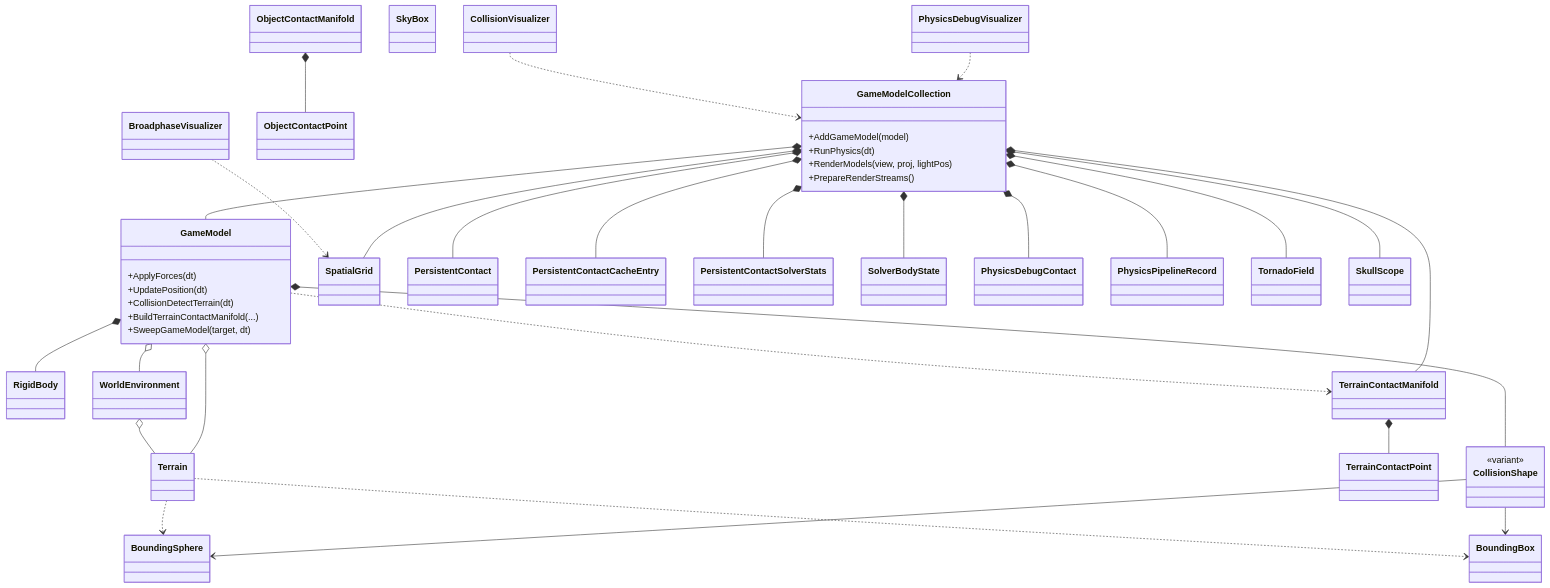
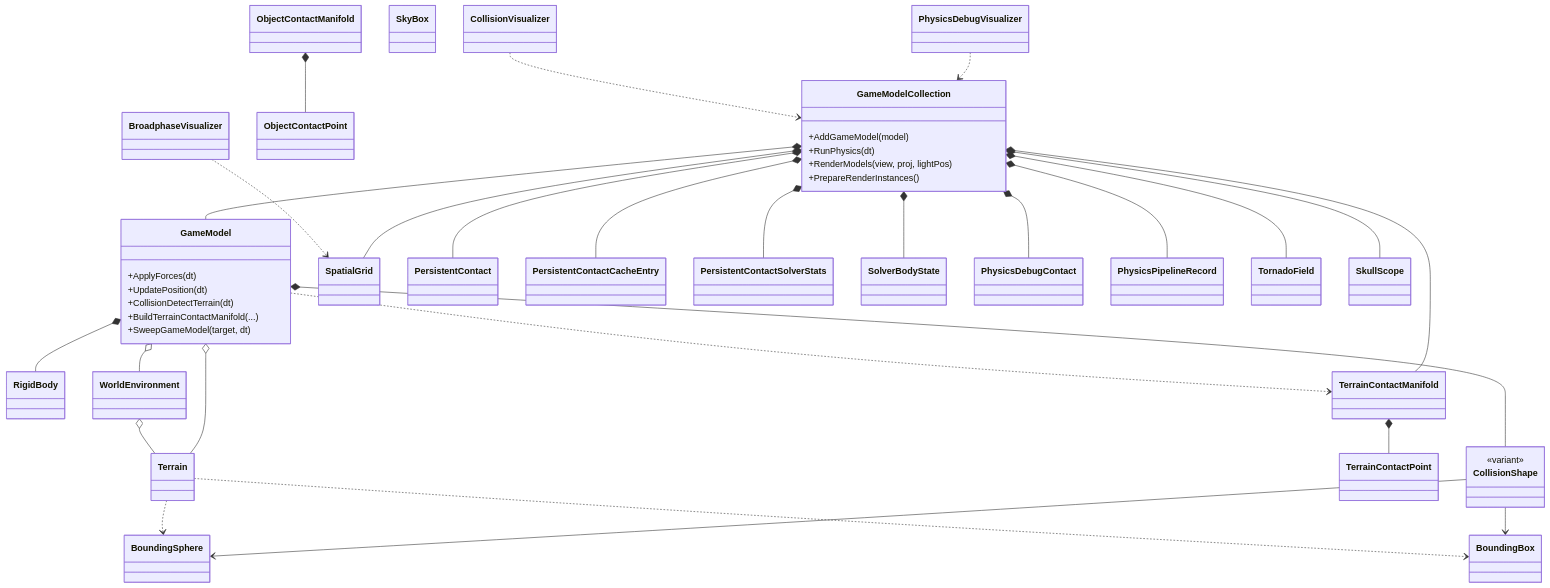
One commit to skullbonez/SkullbonezCore changed the sixth of 9 diagrams in Agentic/Reference/skullbonez-core-class-structure.md. Above: the diagram before and after it, drawn with Mermaid. The commit also changed other lines of this file and 19 other files, not shown here.

````diff
--- a/Agentic/Reference/skullbonez-core-class-structure.md
+++ b/Agentic/Reference/skullbonez-core-class-structure.md
@@ -420,74 +425,74 @@
 ```mermaid
 classDiagram
 direction TB
 
 class GameModelCollection {
   +AddGameModel(model)
   +RunPhysics(dt)
   +RenderModels(view, proj, lightPos)
-  +PrepareRenderStreams()
+  +PrepareRenderInstances()
 }
 
 class GameModel {
   +ApplyForces(dt)
   +UpdatePosition(dt)
   +CollisionDetectTerrain(dt)
   +BuildTerrainContactManifold(...)
   +SweepGameModel(target, dt)
 }
 
 class RigidBody
 class CollisionShape {
   <<variant>>
 }
 class BoundingSphere
 class BoundingBox
 class SpatialGrid
 class PersistentContact
 class PersistentContactCacheEntry
 class PersistentContactSolverStats
 class SolverBodyState
 class PhysicsDebugContact
 class PhysicsPipelineRecord
 class TerrainContactManifold
 class TerrainContactPoint
 class ObjectContactManifold
 class ObjectContactPoint
 class WorldEnvironment
 class Terrain
 class SkyBox
 class TornadoField
 class SkullScope
 class PhysicsDebugVisualizer
 class CollisionVisualizer
 class BroadphaseVisualizer
 
 GameModelCollection *-- GameModel
 GameModelCollection *-- SpatialGrid
 GameModelCollection *-- PersistentContact
 GameModelCollection *-- PersistentContactCacheEntry
 GameModelCollection *-- PersistentContactSolverStats
 GameModelCollection *-- SolverBodyState
 GameModelCollection *-- PhysicsDebugContact
 GameModelCollection *-- PhysicsPipelineRecord
 GameModelCollection *-- TerrainContactManifold
 GameModelCollection *-- TornadoField
 GameModelCollection *-- SkullScope
 
 GameModel *-- RigidBody
 GameModel *-- CollisionShape
 CollisionShape --> BoundingSphere
 CollisionShape --> BoundingBox
 GameModel o-- WorldEnvironment
 GameModel o-- Terrain
 GameModel ..> TerrainContactManifold
 TerrainContactManifold *-- TerrainContactPoint
 ObjectContactManifold *-- ObjectContactPoint
 
 WorldEnvironment o-- Terrain
 Terrain ..> BoundingBox
 Terrain ..> BoundingSphere
 PhysicsDebugVisualizer ..> GameModelCollection
 CollisionVisualizer ..> GameModelCollection
 BroadphaseVisualizer ..> SpatialGrid
 ```
````
